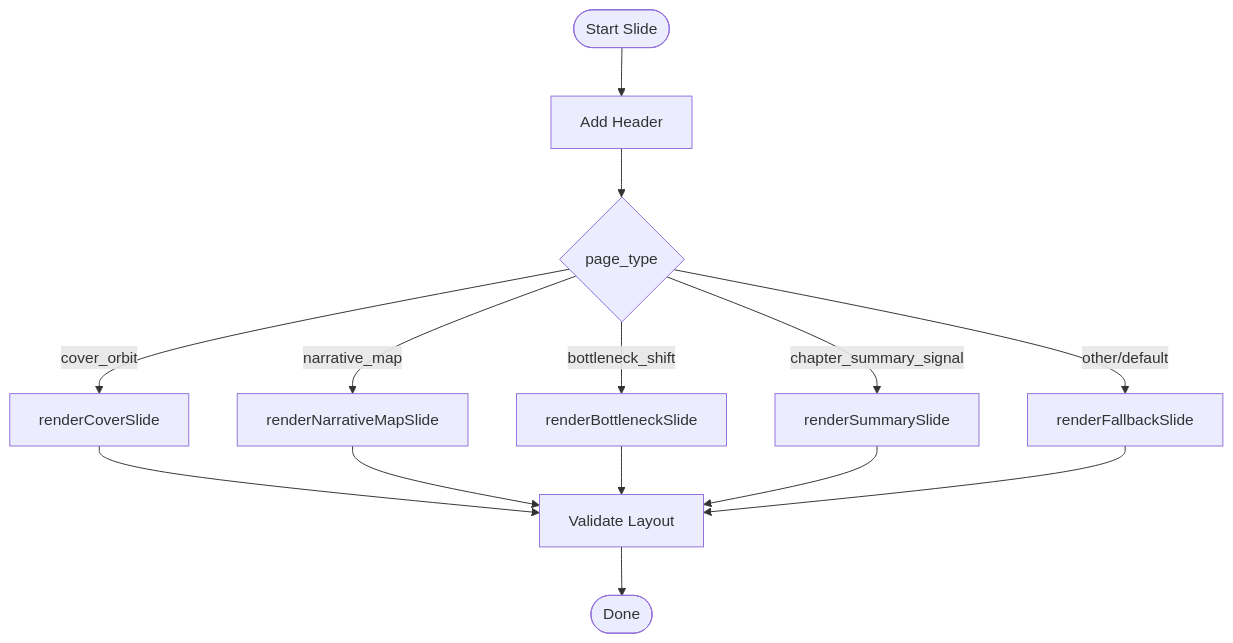
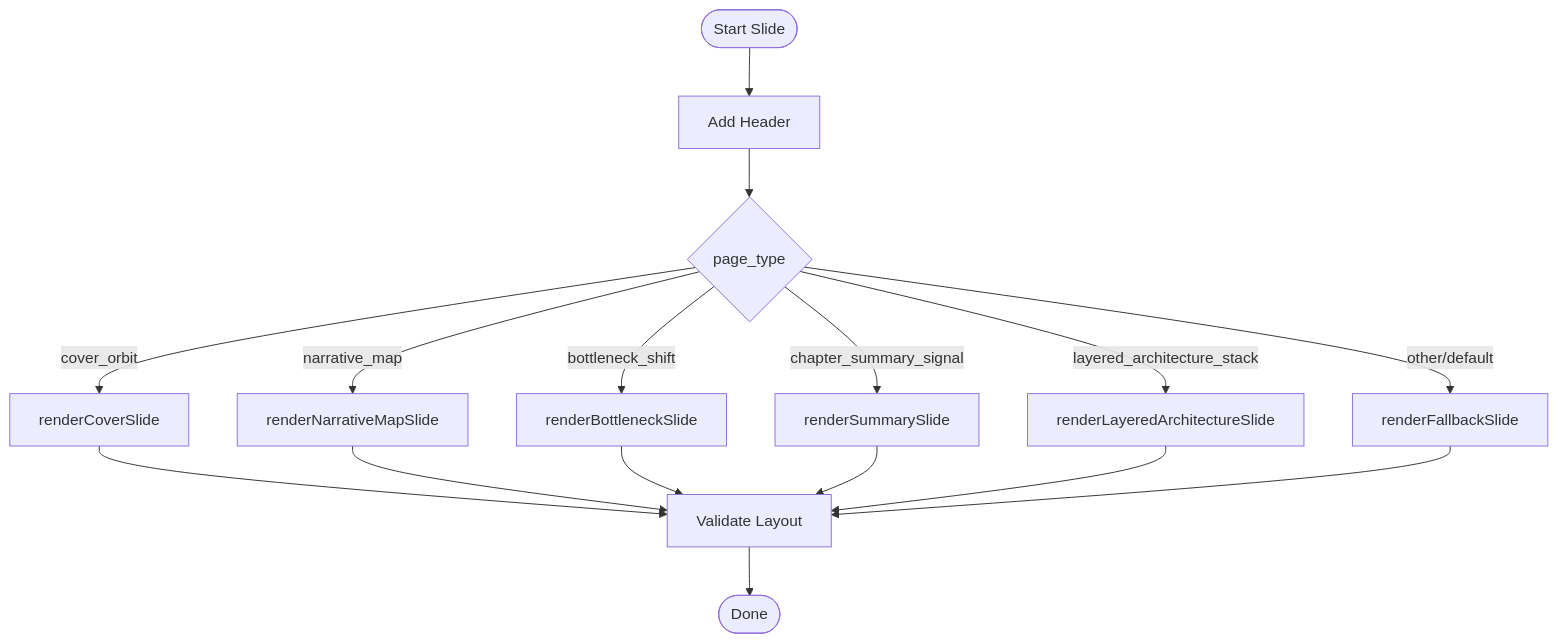
The third of 4 diagrams in .qoder/repowiki/en/content/Rendering Pipeline/PPTX Export.md (brantzh6/deepPPT), drawn with Mermaid before and after one commit. The commit also changed other lines of this file and 4 other files, not shown here.

Commit message:
Fix layered_architecture_stack title alignment in SVG preview

````diff
--- a/.qoder/repowiki/en/content/Rendering Pipeline/PPTX Export.md
+++ b/.qoder/repowiki/en/content/Rendering Pipeline/PPTX Export.md
@@ -155,16 +164,18 @@
 ```mermaid
 flowchart TD
 Start(["Start Slide"]) --> Header["Add Header"]
 Header --> Type{"page_type"}
 Type --> |cover_orbit| Cover["renderCoverSlide"]
 Type --> |narrative_map| Map["renderNarrativeMapSlide"]
 Type --> |bottleneck_shift| Bottleneck["renderBottleneckSlide"]
 Type --> |chapter_summary_signal| Summary["renderSummarySlide"]
+Type --> |layered_architecture_stack| Architecture["renderLayeredArchitectureSlide"]
 Type --> |other/default| Fallback["renderFallbackSlide"]
 Cover --> Validate["Validate Layout"]
 Map --> Validate
 Bottleneck --> Validate
 Summary --> Validate
+Architecture --> Validate
 Fallback --> Validate
 Validate --> End(["Done"])
 ```
````
